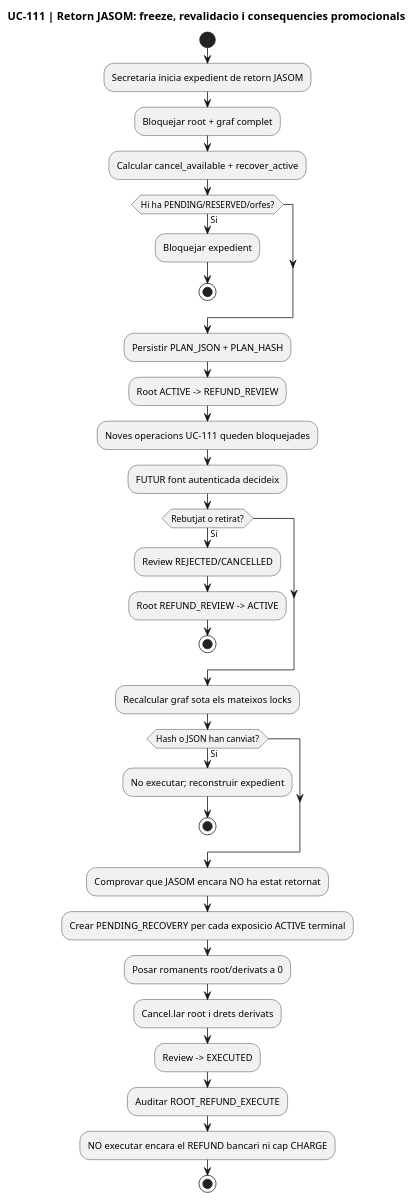
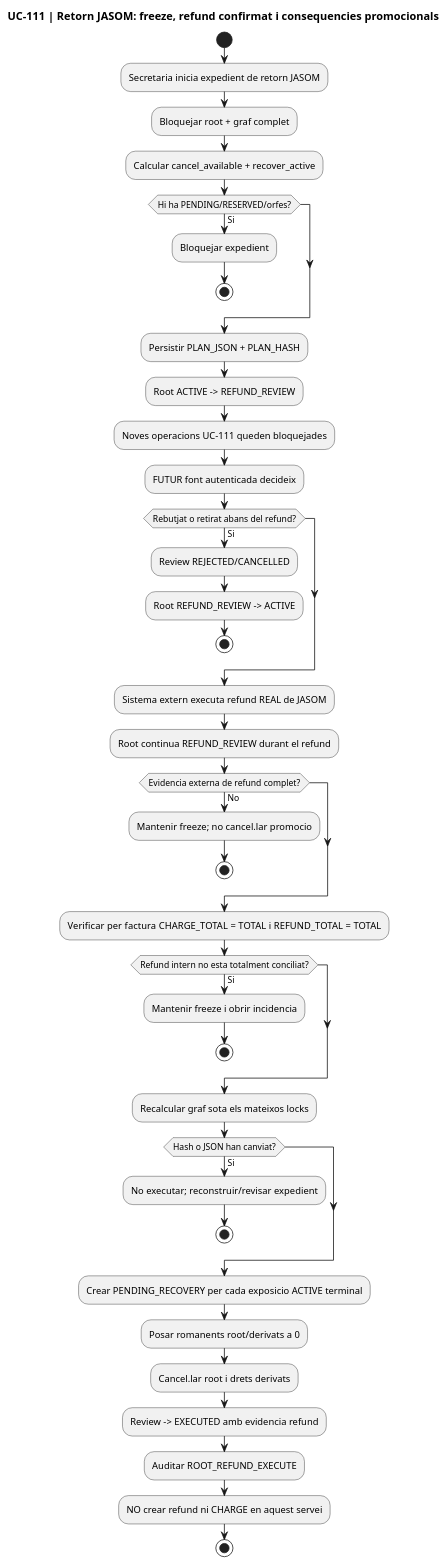
Diagram 24 of 26 in documentacio/07-uml-integrat/uc-111-docent-novell-dret-futur.md (orgmeriemprismacat-del/verifactu), drawn with PlantUML before and after one commit. The commit also changed other lines of this file, not shown here.

Commit message:
docs UML UC-111: keep refund freeze through bank refund and cancel promotion only after confirmed reconciliation

````diff
--- a/documentacio/07-uml-integrat/uc-111-docent-novell-dret-futur.md
+++ b/documentacio/07-uml-integrat/uc-111-docent-novell-dret-futur.md
@@ -881,35 +881,45 @@
 ```plantuml
 @startuml
-title UC-111 | Retorn JASOM: freeze, revalidacio i consequencies promocionals
+title UC-111 | Retorn JASOM: freeze, refund confirmat i consequencies promocionals
 start
 :Secretaria inicia expedient de retorn JASOM;
 :Bloquejar root + graf complet;
 :Calcular cancel_available + recover_active;
 if (Hi ha PENDING/RESERVED/orfes?) then (Si)
  :Bloquejar expedient;
  stop
 endif
 :Persistir PLAN_JSON + PLAN_HASH;
 :Root ACTIVE -> REFUND_REVIEW;
 :Noves operacions UC-111 queden bloquejades;
 :FUTUR font autenticada decideix;
-if (Rebutjat o retirat?) then (Si)
+if (Rebutjat o retirat abans del refund?) then (Si)
  :Review REJECTED/CANCELLED;
  :Root REFUND_REVIEW -> ACTIVE;
  stop
 endif
+:Sistema extern executa refund REAL de JASOM;
+:Root continua REFUND_REVIEW durant el refund;
+if (Evidencia externa de refund complet?) then (No)
+ :Mantenir freeze; no cancel.lar promocio;
+ stop
+endif
+:Verificar per factura CHARGE_TOTAL = TOTAL i REFUND_TOTAL = TOTAL;
+if (Refund intern no esta totalment conciliat?) then (Si)
+ :Mantenir freeze i obrir incidencia;
+ stop
+endif
 :Recalcular graf sota els mateixos locks;
 if (Hash o JSON han canviat?) then (Si)
- :No executar; reconstruir expedient;
+ :No executar; reconstruir/revisar expedient;
  stop
 endif
-:Comprovar que JASOM encara NO ha estat retornat;
 :Crear PENDING_RECOVERY per cada exposicio ACTIVE terminal;
 :Posar romanents root/derivats a 0;
 :Cancel.lar root i drets derivats;
-:Review -> EXECUTED;
+:Review -> EXECUTED amb evidencia refund;
 :Auditar ROOT_REFUND_EXECUTE;
-:NO executar encara el REFUND bancari ni cap CHARGE;
+:NO crear refund ni CHARGE en aquest servei;
 stop
 @enduml
 ```
````
